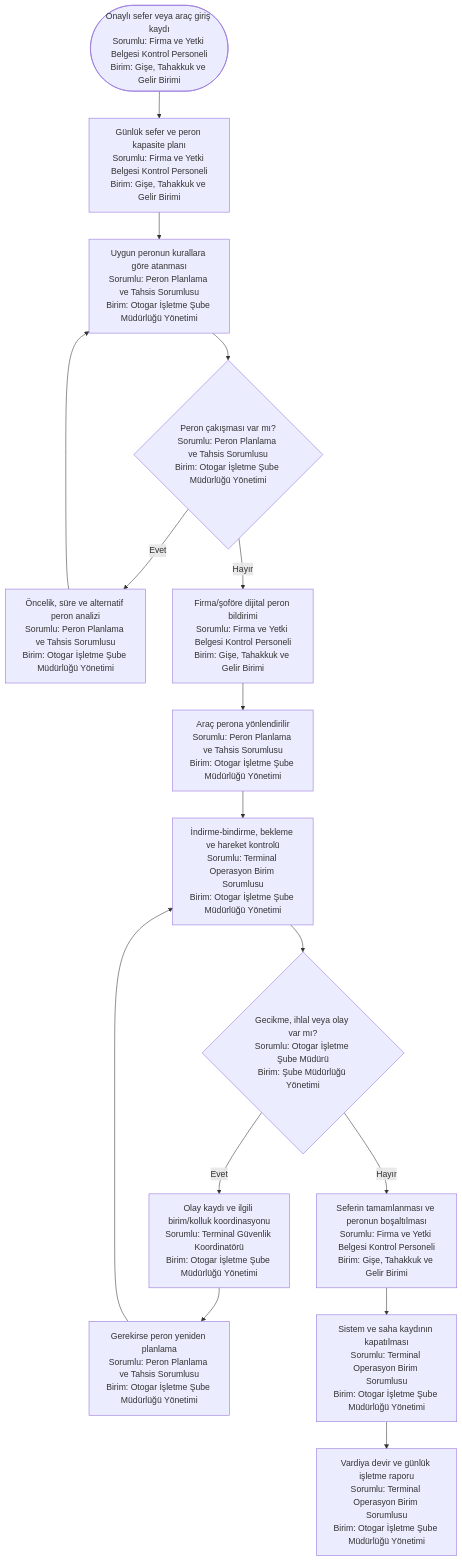
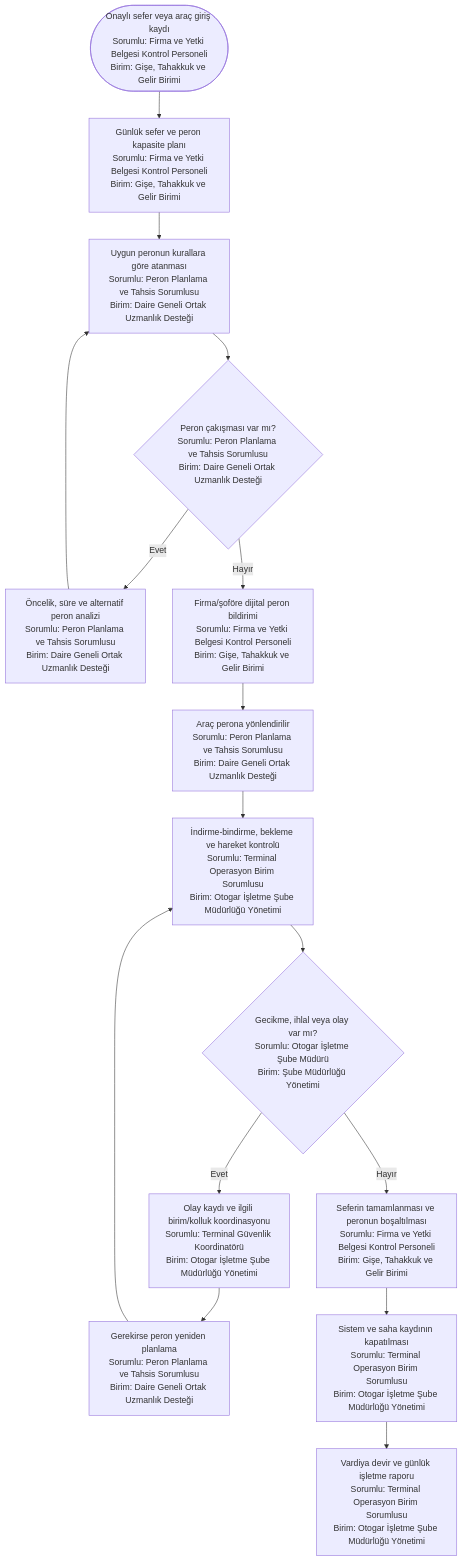
The second of 4 diagrams in 15_yalin_surec_haritalari/otogar/README.md (merdaergen-create/Ulasim_Dairesi_Is_Analizi), drawn with Mermaid before and after one commit. The commit also changed other lines of this file and 7 other files, not shown here.

````diff
--- a/15_yalin_surec_haritalari/otogar/README.md
+++ b/15_yalin_surec_haritalari/otogar/README.md
@@ -54,18 +54,18 @@
 ```mermaid
 flowchart TD
     A([Onaylı sefer veya araç giriş kaydı<br/>Sorumlu: Firma ve Yetki Belgesi Kontrol Personeli<br/>Birim: Gişe, Tahakkuk ve Gelir Birimi]) --> B[Günlük sefer ve peron kapasite planı<br/>Sorumlu: Firma ve Yetki Belgesi Kontrol Personeli<br/>Birim: Gişe, Tahakkuk ve Gelir Birimi]
-    B --> C[Uygun peronun kurallara göre atanması<br/>Sorumlu: Peron Planlama ve Tahsis Sorumlusu<br/>Birim: Otogar İşletme Şube Müdürlüğü Yönetimi]
-    C --> D{Peron çakışması var mı?<br/>Sorumlu: Peron Planlama ve Tahsis Sorumlusu<br/>Birim: Otogar İşletme Şube Müdürlüğü Yönetimi}
-    D -- Evet --> E[Öncelik, süre ve alternatif peron analizi<br/>Sorumlu: Peron Planlama ve Tahsis Sorumlusu<br/>Birim: Otogar İşletme Şube Müdürlüğü Yönetimi]
+    B --> C[Uygun peronun kurallara göre atanması<br/>Sorumlu: Peron Planlama ve Tahsis Sorumlusu<br/>Birim: Daire Geneli Ortak Uzmanlık Desteği]
+    C --> D{Peron çakışması var mı?<br/>Sorumlu: Peron Planlama ve Tahsis Sorumlusu<br/>Birim: Daire Geneli Ortak Uzmanlık Desteği}
+    D -- Evet --> E[Öncelik, süre ve alternatif peron analizi<br/>Sorumlu: Peron Planlama ve Tahsis Sorumlusu<br/>Birim: Daire Geneli Ortak Uzmanlık Desteği]
     E --> C
     D -- Hayır --> F[Firma/şoföre dijital peron bildirimi<br/>Sorumlu: Firma ve Yetki Belgesi Kontrol Personeli<br/>Birim: Gişe, Tahakkuk ve Gelir Birimi]
-    F --> G[Araç perona yönlendirilir<br/>Sorumlu: Peron Planlama ve Tahsis Sorumlusu<br/>Birim: Otogar İşletme Şube Müdürlüğü Yönetimi]
+    F --> G[Araç perona yönlendirilir<br/>Sorumlu: Peron Planlama ve Tahsis Sorumlusu<br/>Birim: Daire Geneli Ortak Uzmanlık Desteği]
     G --> H[İndirme-bindirme, bekleme ve hareket kontrolü<br/>Sorumlu: Terminal Operasyon Birim Sorumlusu<br/>Birim: Otogar İşletme Şube Müdürlüğü Yönetimi]
     H --> I{Gecikme, ihlal veya olay var mı?<br/>Sorumlu: Otogar İşletme Şube Müdürü<br/>Birim: Şube Müdürlüğü Yönetimi}
     I -- Evet --> J[Olay kaydı ve ilgili birim/kolluk koordinasyonu<br/>Sorumlu: Terminal Güvenlik Koordinatörü<br/>Birim: Otogar İşletme Şube Müdürlüğü Yönetimi]
-    J --> K[Gerekirse peron yeniden planlama<br/>Sorumlu: Peron Planlama ve Tahsis Sorumlusu<br/>Birim: Otogar İşletme Şube Müdürlüğü Yönetimi]
+    J --> K[Gerekirse peron yeniden planlama<br/>Sorumlu: Peron Planlama ve Tahsis Sorumlusu<br/>Birim: Daire Geneli Ortak Uzmanlık Desteği]
     K --> H
     I -- Hayır --> L[Seferin tamamlanması ve peronun boşaltılması<br/>Sorumlu: Firma ve Yetki Belgesi Kontrol Personeli<br/>Birim: Gişe, Tahakkuk ve Gelir Birimi]
     L --> M[Sistem ve saha kaydının kapatılması<br/>Sorumlu: Terminal Operasyon Birim Sorumlusu<br/>Birim: Otogar İşletme Şube Müdürlüğü Yönetimi]
     M --> N[Vardiya devir ve günlük işletme raporu<br/>Sorumlu: Terminal Operasyon Birim Sorumlusu<br/>Birim: Otogar İşletme Şube Müdürlüğü Yönetimi]
 ```
````
